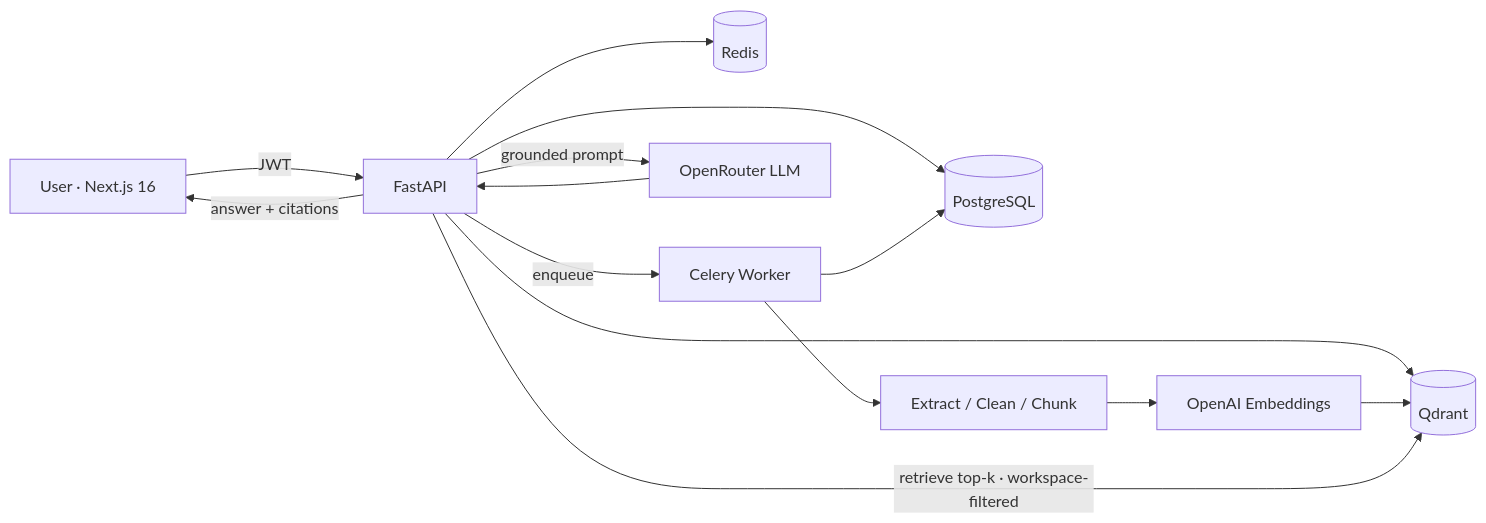
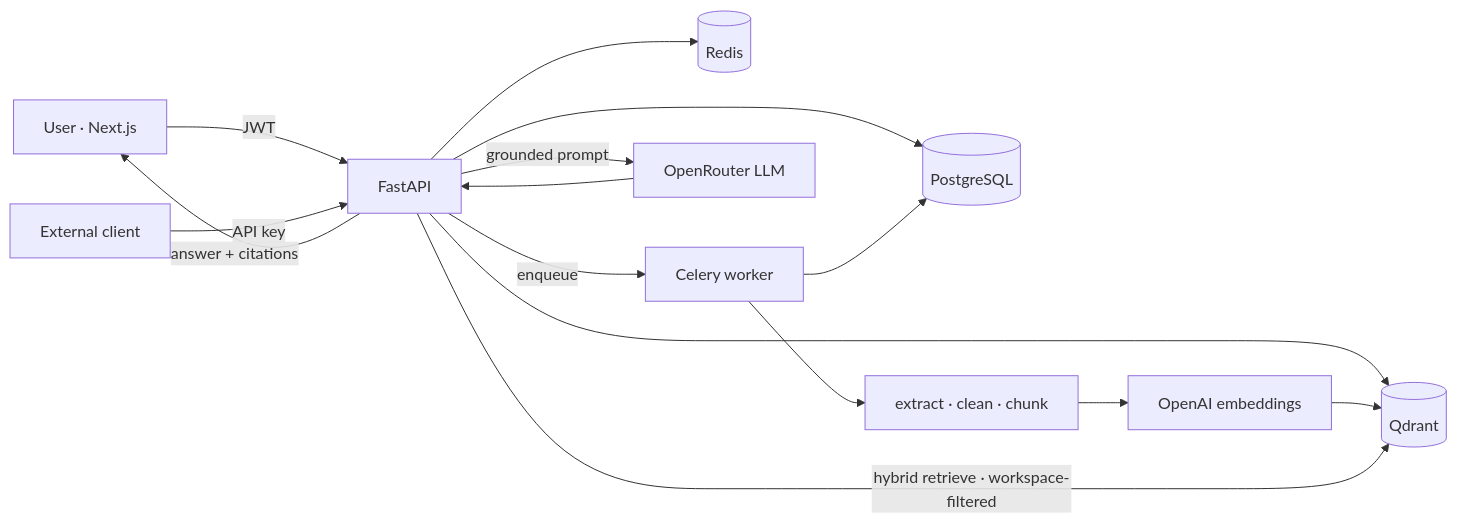
One commit to sanmaxdev/doc-007-ai changed the diagram in README.md. Above: the diagram before and after it, drawn with Mermaid. The commit also changed other lines of this file, not shown here.

First line of the commit message:
Update README for the team, retrieval, and public API work

````diff
--- a/README.md
+++ b/README.md
@@ -52,16 +44,17 @@
 ```mermaid
 flowchart LR
-  U[User · Next.js 16] -->|JWT| API[FastAPI]
+  U[User · Next.js] -->|JWT| API[FastAPI]
+  EXT[External client] -->|API key| API
   API --> PG[(PostgreSQL)]
   API --> RDS[(Redis)]
   API --> Q[(Qdrant)]
-  API -->|enqueue| W[Celery Worker]
-  W --> EX[Extract / Clean / Chunk]
-  EX --> EMB[OpenAI Embeddings]
+  API -->|enqueue| W[Celery worker]
+  W --> EX[extract · clean · chunk]
+  EX --> EMB[OpenAI embeddings]
   EMB --> Q
   W --> PG
-  API -->|retrieve top-k · workspace-filtered| Q
+  API -->|hybrid retrieve · workspace-filtered| Q
   API -->|grounded prompt| LLM[OpenRouter LLM]
   LLM --> API
   API -->|answer + citations| U
 ```
````
